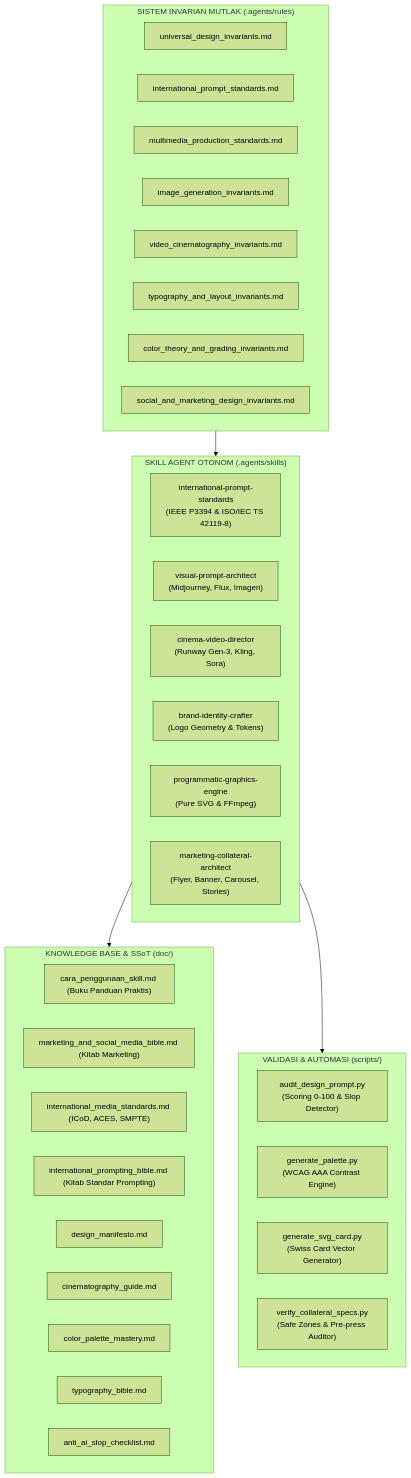
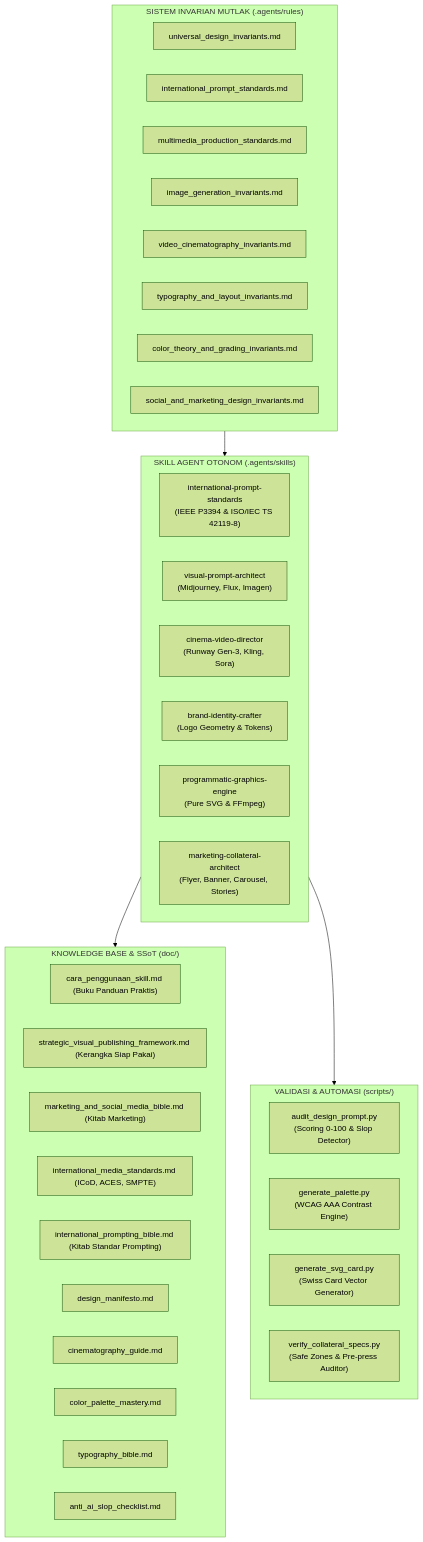
One commit to misbahudin98/desain-grafis changed the diagram in README.md. Above: the diagram before and after it, drawn with Mermaid (forest theme). The commit also changed other lines of this file and 4 other files, not shown here.

Commit message:
feat: orientasikan seluruh repositori ke 10 dimensi konten visual siap pakai dan SOP 6-tahap publikasi

````diff
--- a/README.md
+++ b/README.md
@@ -23,45 +94,46 @@
 ```mermaid
 flowchart TD
     subgraph Core ["SISTEM INVARIAN MUTLAK (.agents/rules)"]
         R1["universal_design_invariants.md"]
         R2["international_prompt_standards.md"]
         R3["multimedia_production_standards.md"]
         R4["image_generation_invariants.md"]
         R5["video_cinematography_invariants.md"]
         R6["typography_and_layout_invariants.md"]
         R7["color_theory_and_grading_invariants.md"]
         R8["social_and_marketing_design_invariants.md"]
     end
 
     subgraph Skills ["SKILL AGENT OTONOM (.agents/skills)"]
         S1["international-prompt-standards<br/>(IEEE P3394 & ISO/IEC TS 42119-8)"]
         S2["visual-prompt-architect<br/>(Midjourney, Flux, Imagen)"]
         S3["cinema-video-director<br/>(Runway Gen-3, Kling, Sora)"]
         S4["brand-identity-crafter<br/>(Logo Geometry & Tokens)"]
         S5["programmatic-graphics-engine<br/>(Pure SVG & FFmpeg)"]
         S6["marketing-collateral-architect<br/>(Flyer, Banner, Carousel, Stories)"]
     end
 
     subgraph Knowledge ["KNOWLEDGE BASE & SSoT (doc/)"]
         D1["cara_penggunaan_skill.md (Buku Panduan Praktis)"]
-        D2["marketing_and_social_media_bible.md (Kitab Marketing)"]
-        D3["international_media_standards.md (ICoD, ACES, SMPTE)"]
-        D4["international_prompting_bible.md (Kitab Standar Prompting)"]
-        D5["design_manifesto.md"]
-        D6["cinematography_guide.md"]
-        D7["color_palette_mastery.md"]
-        D8["typography_bible.md"]
-        D9["anti_ai_slop_checklist.md"]
+        D2["strategic_visual_publishing_framework.md (Kerangka Siap Pakai)"]
+        D3["marketing_and_social_media_bible.md (Kitab Marketing)"]
+        D4["international_media_standards.md (ICoD, ACES, SMPTE)"]
+        D5["international_prompting_bible.md (Kitab Standar Prompting)"]
+        D6["design_manifesto.md"]
+        D7["cinematography_guide.md"]
+        D8["color_palette_mastery.md"]
+        D9["typography_bible.md"]
+        D10["anti_ai_slop_checklist.md"]
     end
 
     subgraph Automation ["VALIDASI & AUTOMASI (scripts/)"]
         SC1["audit_design_prompt.py<br/>(Scoring 0-100 & Slop Detector)"]
         SC2["generate_palette.py<br/>(WCAG AAA Contrast Engine)"]
         SC3["generate_svg_card.py<br/>(Swiss Card Vector Generator)"]
         SC4["verify_collateral_specs.py<br/>(Safe Zones & Pre-press Auditor)"]
     end
 
     Core --> Skills
     Skills --> Knowledge
     Skills --> Automation
 ```
````
